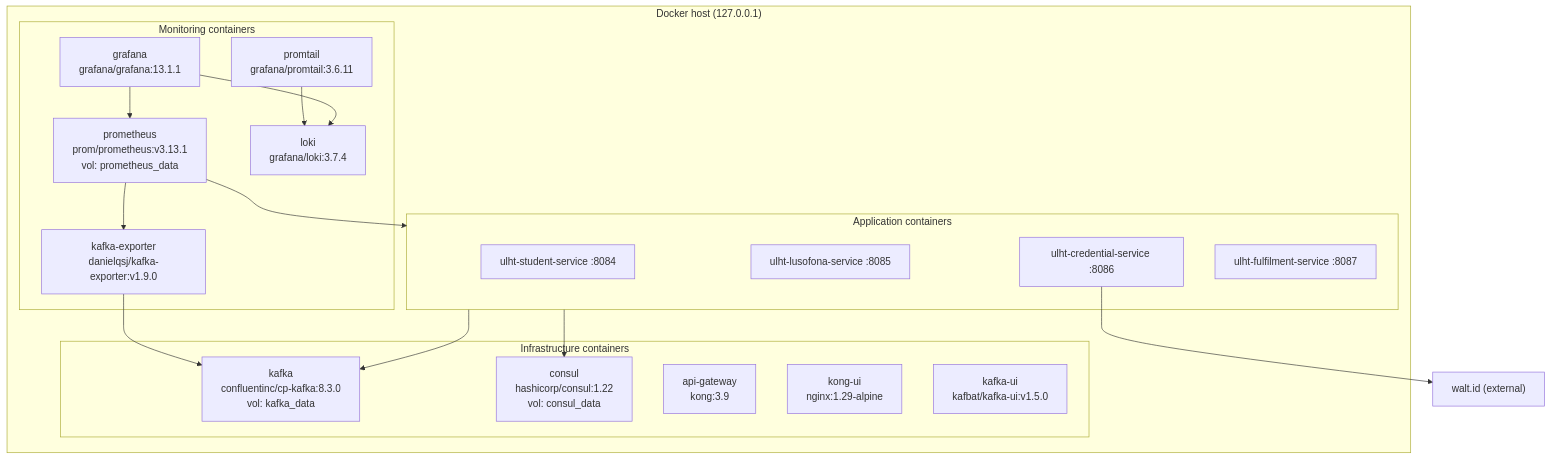
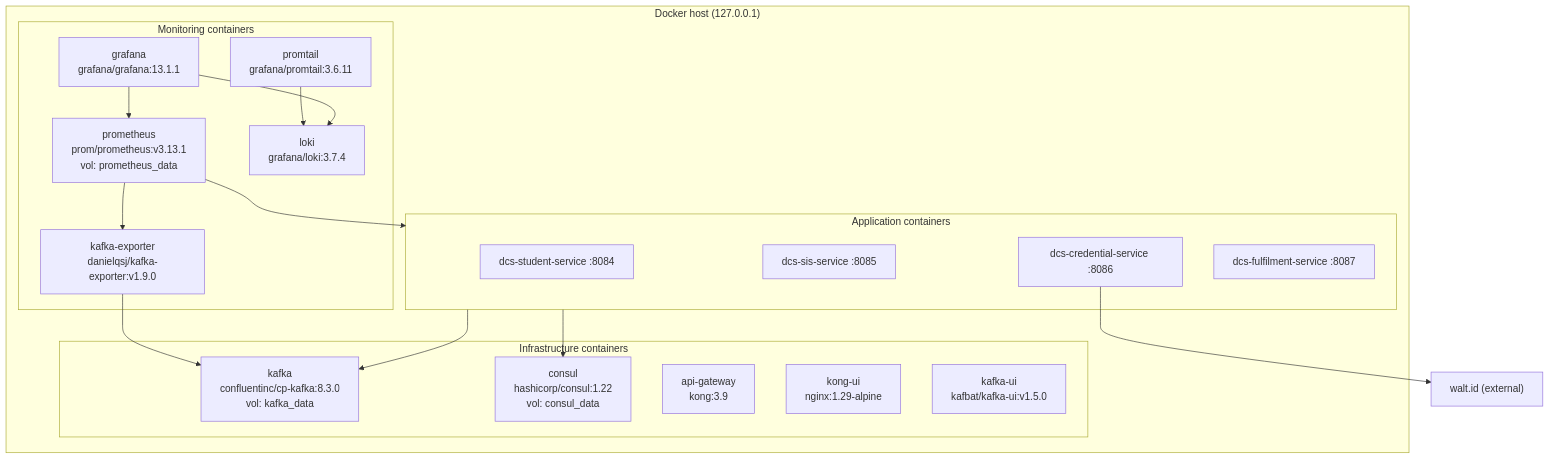
One commit to marcelogdomingues/ulht-dcs-public changed diagram 14 of 16 in docs/ARCHITECTURE.md. Above: the diagram before and after it, drawn with Mermaid. The commit also changed other lines of this file and 600 other files, not shown here.

````diff
--- a/docs/ARCHITECTURE.md
+++ b/docs/ARCHITECTURE.md
@@ -672,33 +672,33 @@
 ```mermaid
 graph TB
     subgraph host["Docker host (127.0.0.1)"]
         subgraph infra["Infrastructure containers"]
             kafka["kafka<br/>confluentinc/cp-kafka:8.3.0<br/>vol: kafka_data"]
             consul["consul<br/>hashicorp/consul:1.22<br/>vol: consul_data"]
             kong["api-gateway<br/>kong:3.9"]
             kongui["kong-ui<br/>nginx:1.29-alpine"]
             kui["kafka-ui<br/>kafbat/kafka-ui:v1.5.0"]
         end
         subgraph mon["Monitoring containers"]
             prom["prometheus<br/>prom/prometheus:v3.13.1<br/>vol: prometheus_data"]
             graf["grafana<br/>grafana/grafana:13.1.1"]
             loki["loki<br/>grafana/loki:3.7.4"]
             promtail["promtail<br/>grafana/promtail:3.6.11"]
             kexp["kafka-exporter<br/>danielqsj/kafka-exporter:v1.9.0"]
         end
         subgraph app["Application containers"]
-            ss["ulht-student-service :8084"]
-            ls["ulht-lusofona-service :8085"]
-            cs["ulht-credential-service :8086"]
-            fs["ulht-fulfilment-service :8087"]
+            ss["dcs-student-service :8084"]
+            ls["dcs-sis-service :8085"]
+            cs["dcs-credential-service :8086"]
+            fs["dcs-fulfilment-service :8087"]
         end
     end
     app --> kafka
     app --> consul
     cs --> waltid["walt.id (external)"]
     prom --> app
     prom --> kexp --> kafka
     promtail --> loki
     graf --> prom
     graf --> loki
 ```
````
